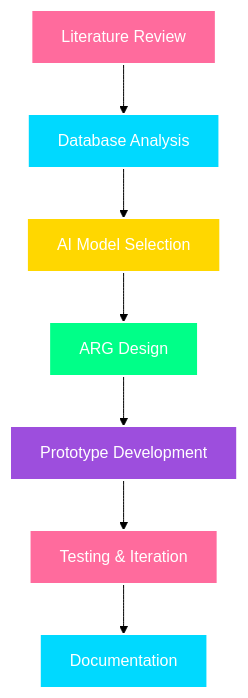
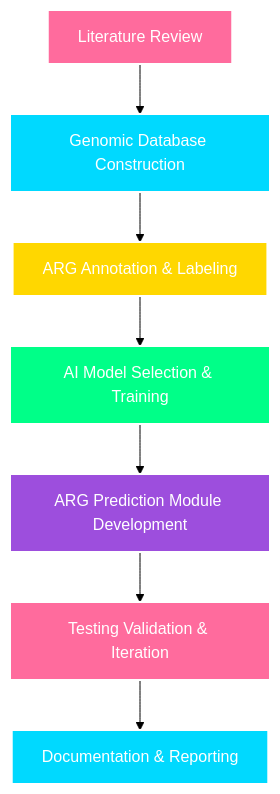
Before and after one commit to Genomic-AI-Research-Lab-GARL/.github: the second of 2 diagrams in profile/README.md, drawn with Mermaid (forest theme). The commit also changed other lines of this file, not shown here.

First line of the commit message:
Revise README for ARG analysis project

````diff
--- a/profile/README.md
+++ b/profile/README.md
@@ -226,16 +227,16 @@
 ```mermaid
 graph TD
-    A[ Literature Review] --> B[ Database Analysis]
-    B --> C[ AI Model Selection]
-    C --> D[ ARG Design]
-    D --> E[ Prototype Development]
-    E --> F[ Testing & Iteration]
-    F --> G[ Documentation]
+    A[Literature Review] --> B[Genomic Database Construction]
+    B --> C[ARG Annotation & Labeling]
+    C --> D[AI Model Selection & Training]
+    D --> E[ARG Prediction Module Development]
+    E --> F[Testing Validation & Iteration]
+    F --> G[Documentation & Reporting]
     style A fill:#FF6B9D,stroke:#fff,stroke-width:2px,color:#fff
     style B fill:#00D9FF,stroke:#fff,stroke-width:2px,color:#fff
     style C fill:#FFD700,stroke:#fff,stroke-width:2px,color:#fff
     style D fill:#00FF88,stroke:#fff,stroke-width:2px,color:#fff
     style E fill:#9D4EDD,stroke:#fff,stroke-width:2px,color:#fff
     style F fill:#FF6B9D,stroke:#fff,stroke-width:2px,color:#fff
     style G fill:#00D9FF,stroke:#fff,stroke-width:2px,color:#fff
 ```
````
